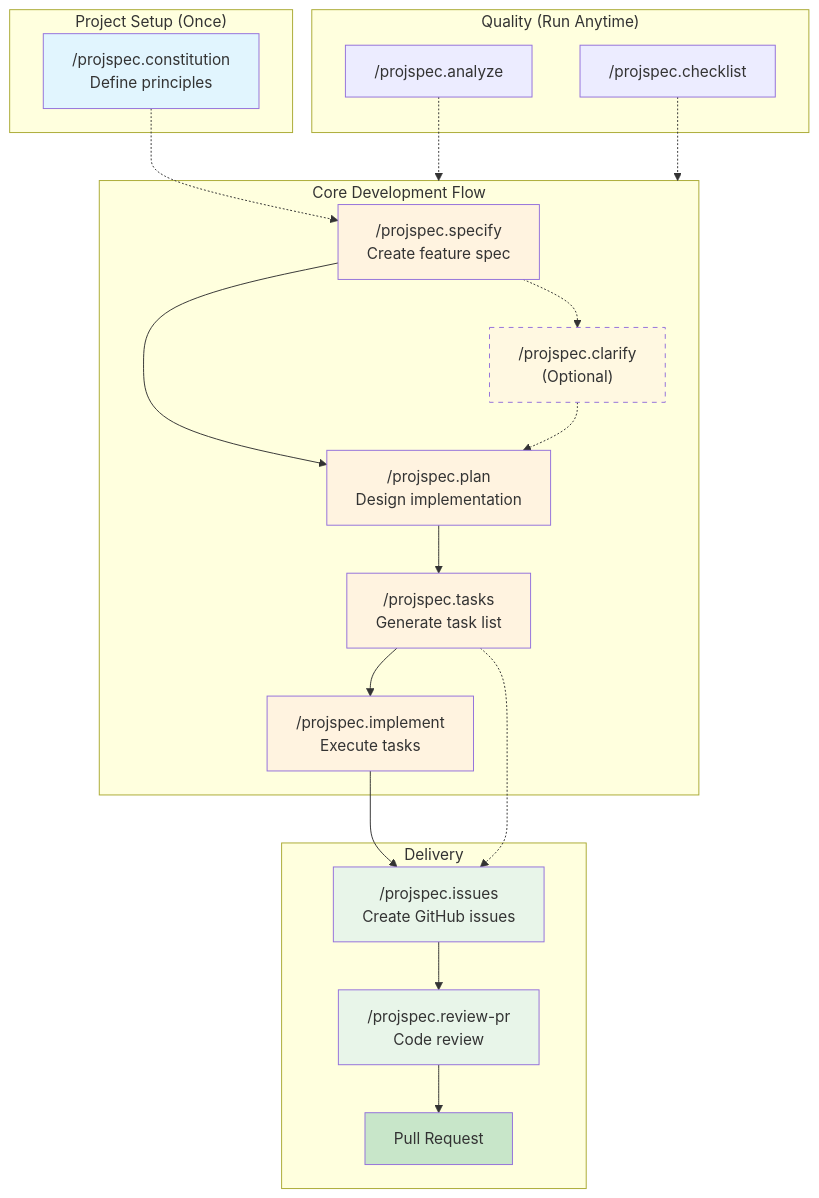
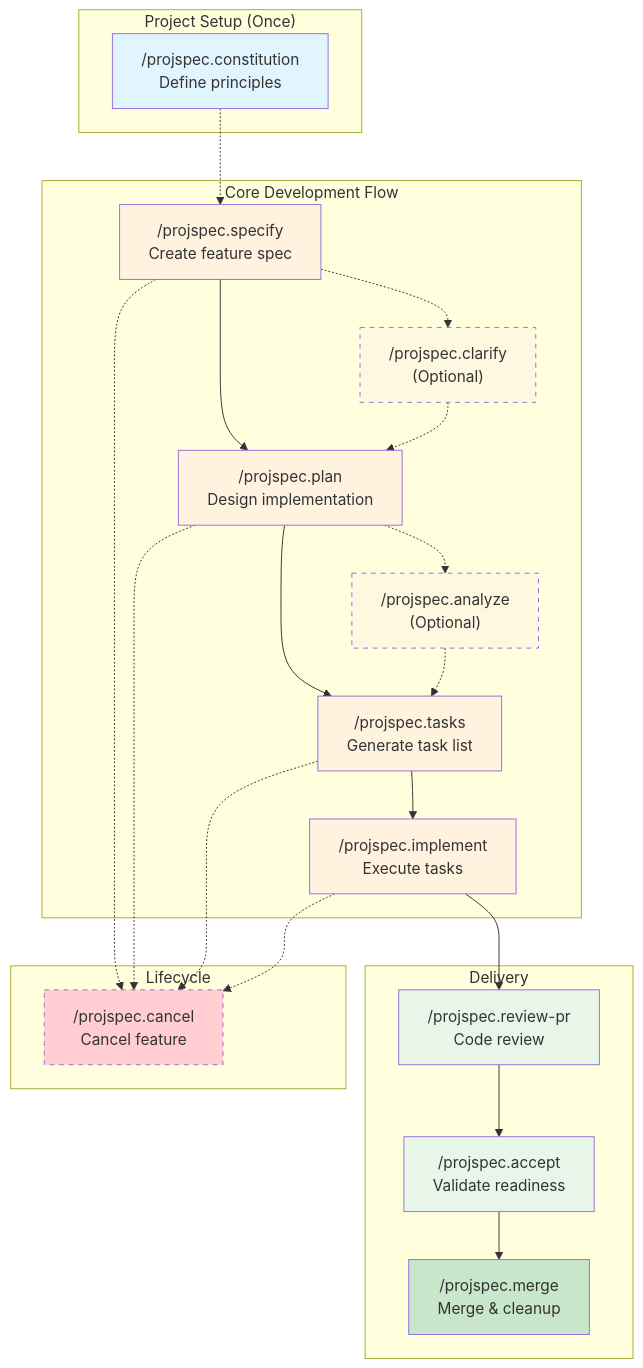
Before and after one commit to liorfranko/Spectra: the diagram in README.md, drawn with Mermaid. The commit also changed other lines of this file and 2 other files, not shown here.

````diff
--- a/README.md
+++ b/README.md
@@ -11,50 +33,54 @@
 ```mermaid
 flowchart TD
     subgraph setup["Project Setup (Once)"]
         constitution["/projspec.constitution<br/>Define principles"]
     end
 
     subgraph core["Core Development Flow"]
         specify["/projspec.specify<br/>Create feature spec"]
         clarify["/projspec.clarify<br/>(Optional)"]
         plan["/projspec.plan<br/>Design implementation"]
+        analyze["/projspec.analyze<br/>(Optional)"]
         tasks["/projspec.tasks<br/>Generate task list"]
         implement["/projspec.implement<br/>Execute tasks"]
     end
 
     subgraph delivery["Delivery"]
-        issues["/projspec.issues<br/>Create GitHub issues"]
         review["/projspec.review-pr<br/>Code review"]
-        pr["Pull Request"]
+        accept["/projspec.accept<br/>Validate readiness"]
+        merge["/projspec.merge<br/>Merge & cleanup"]
     end
 
-    subgraph quality["Quality (Run Anytime)"]
-        analyze["/projspec.analyze"]
-        checklist["/projspec.checklist"]
+    subgraph lifecycle["Lifecycle"]
+        cancel["/projspec.cancel<br/>Cancel feature"]
     end
 
     constitution -.-> specify
     specify --> plan
     specify -.-> clarify
     clarify -.-> plan
     plan --> tasks
+    plan -.-> analyze
+    analyze -.-> tasks
     tasks --> implement
-    implement --> issues
-    issues --> review
-    review --> pr
+    implement --> review
+    review --> accept
+    accept --> merge
 
-    tasks -.-> issues
-
-    analyze -.-> core
-    checklist -.-> core
+    specify -.-> cancel
+    plan -.-> cancel
+    tasks -.-> cancel
+    implement -.-> cancel
 
     style constitution fill:#e1f5fe
     style specify fill:#fff3e0
     style clarify fill:#fff8e1,stroke-dasharray: 5 5
     style plan fill:#fff3e0
+    style analyze fill:#fff8e1,stroke-dasharray: 5 5
     style tasks fill:#fff3e0
     style implement fill:#fff3e0
-    style issues fill:#e8f5e9
     style review fill:#e8f5e9
-    style pr fill:#c8e6c9
+    style accept fill:#e8f5e9
+    style merge fill:#c8e6c9
+    style cancel fill:#ffcdd2,stroke-dasharray: 5 5
 ```
````
